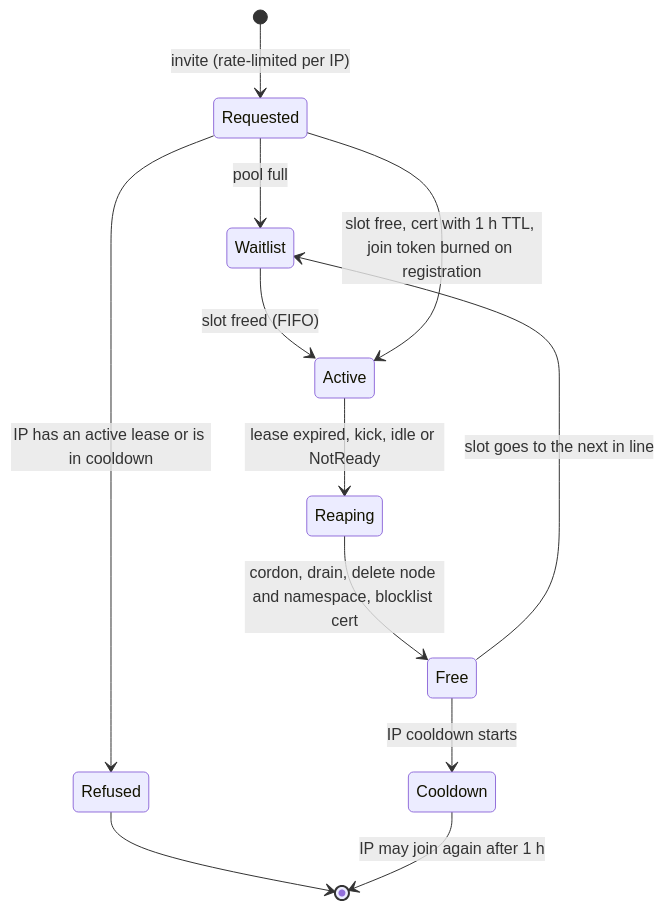
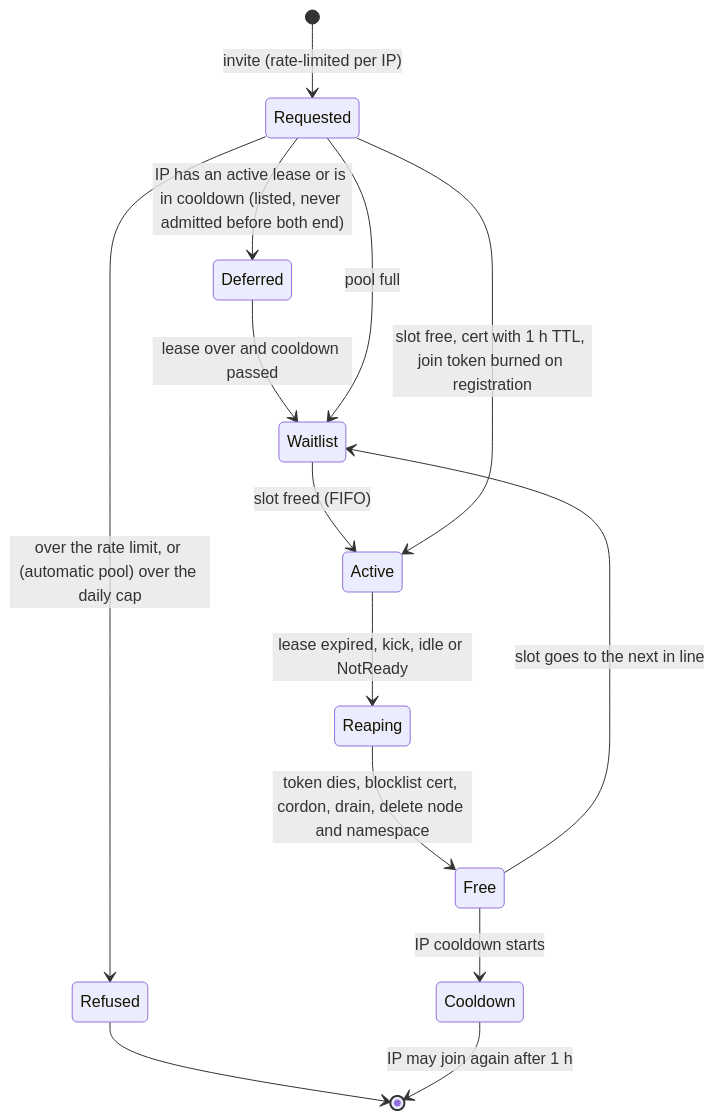
Before and after one commit to villadalmine/k8s-lan-party: the second of 2 diagrams in docs/DESIGN.md, drawn with Mermaid. The commit also changed other lines of this file and 24 other files, not shown here.

````diff
--- a/docs/DESIGN.md
+++ b/docs/DESIGN.md
@@ -341,14 +348,16 @@
 ```mermaid
 stateDiagram-v2
   [*] --> Requested: invite (rate-limited per IP)
-  Requested --> Refused: IP has an active lease or is in cooldown
+  Requested --> Refused: over the rate limit, or (automatic pool) over the daily cap
   Refused --> [*]
+  Requested --> Deferred: IP has an active lease or is in cooldown (listed, never admitted before both end)
+  Deferred --> Waitlist: lease over and cooldown passed
   Requested --> Waitlist: pool full
   Waitlist --> Active: slot freed (FIFO)
   Requested --> Active: slot free, cert with 1 h TTL, join token burned on registration
   Active --> Reaping: lease expired, kick, idle or NotReady
-  Reaping --> Free: cordon, drain, delete node and namespace, blocklist cert
+  Reaping --> Free: token dies, blocklist cert, cordon, drain, delete node and namespace
   Free --> Cooldown: IP cooldown starts
   Free --> Waitlist: slot goes to the next in line
   Cooldown --> [*]: IP may join again after 1 h
 ```
````
